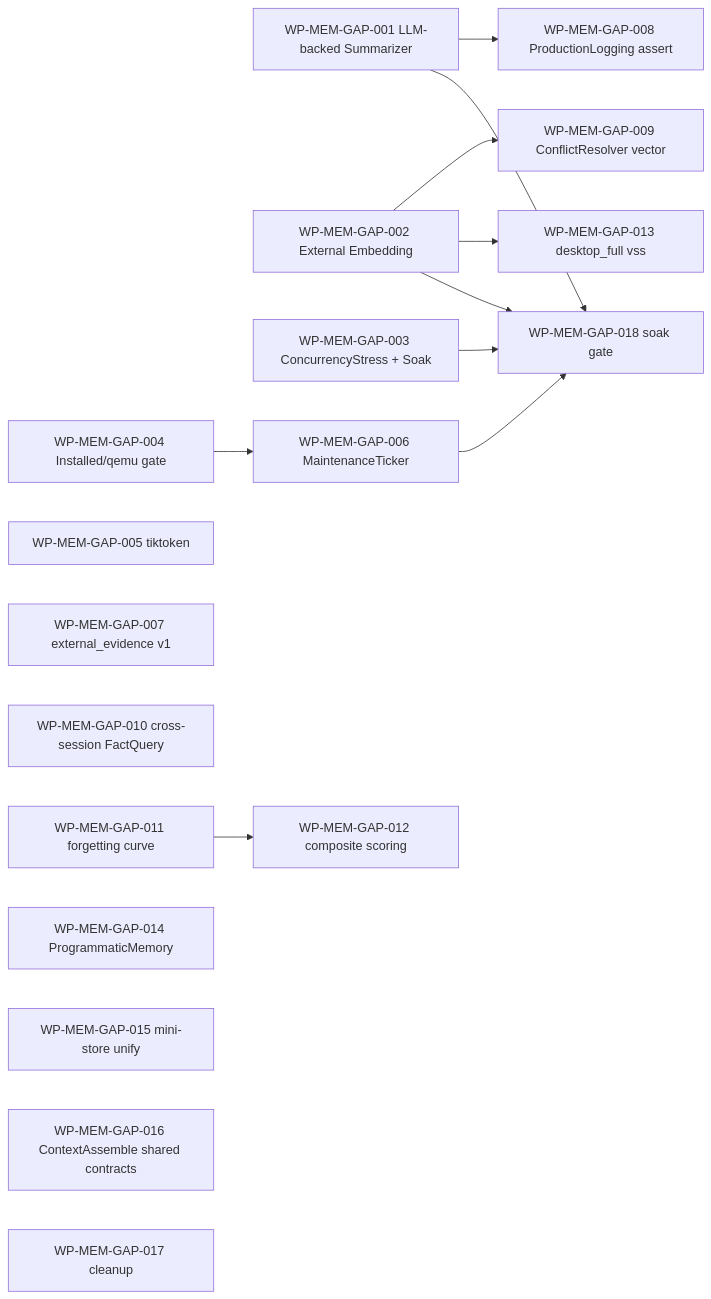
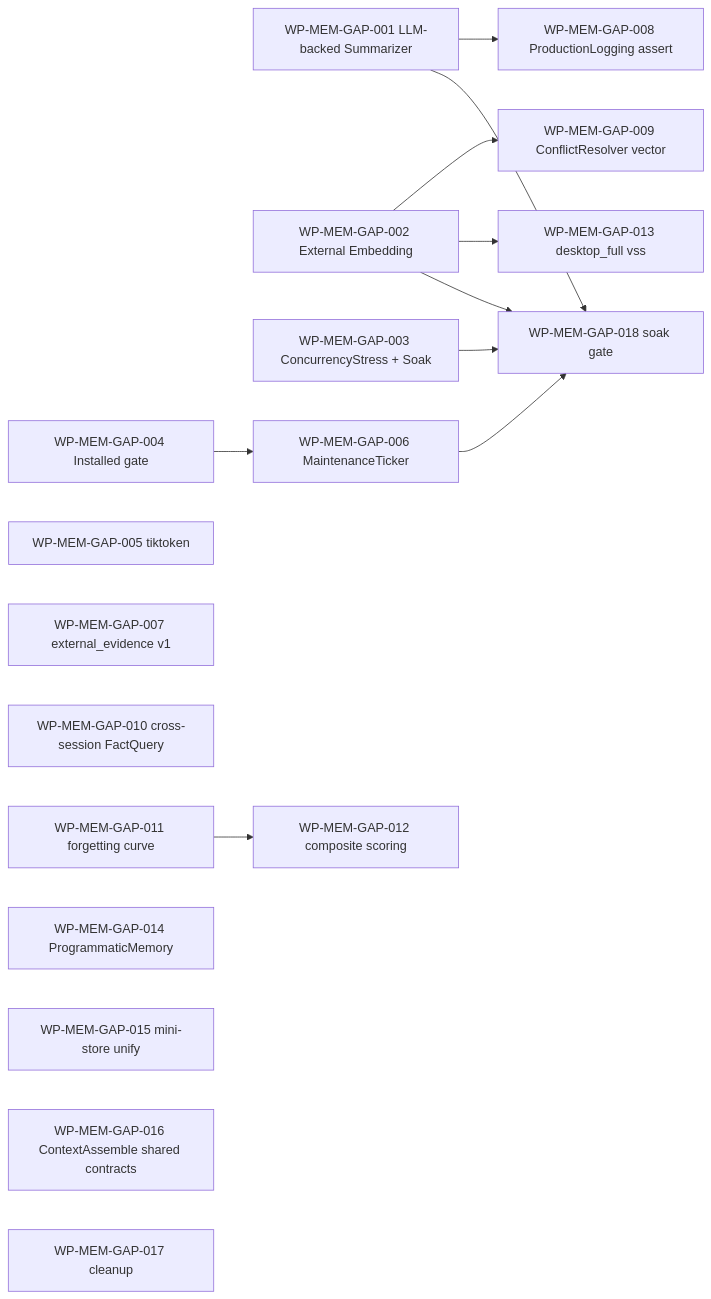
The first of 2 diagrams in docs/deliverables/MEM-EVAL-2026-05-31-memory子系统落地评估与生产级缺口治理任务规划.md (x2Gan/General-Purpose-Agent_DASALL), drawn with Mermaid before and after one commit. The commit also changed other lines of this file and 5 other files, not shown here.

First line of the commit message:
test(memory): tighten installed gate wrapper regression

````diff
--- a/docs/deliverables/MEM-EVAL-2026-05-31-memory子系统落地评估与生产级缺口治理任务规划.md
+++ b/docs/deliverables/MEM-EVAL-2026-05-31-memory子系统落地评估与生产级缺口治理任务规划.md
@@ -456,20 +457,20 @@
 ```mermaid
 flowchart LR
   A[WP-MEM-GAP-001 LLM-backed Summarizer] --> H[WP-MEM-GAP-008 ProductionLogging assert]
   B[WP-MEM-GAP-002 External Embedding] --> I[WP-MEM-GAP-009 ConflictResolver vector]
   B --> M[WP-MEM-GAP-013 desktop_full vss]
   C[WP-MEM-GAP-003 ConcurrencyStress + Soak]
-  D[WP-MEM-GAP-004 Installed/qemu gate] --> F[WP-MEM-GAP-006 MaintenanceTicker]
+  D[WP-MEM-GAP-004 Installed gate] --> F[WP-MEM-GAP-006 MaintenanceTicker]
   E[WP-MEM-GAP-005 tiktoken]
   F --> P18[WP-MEM-GAP-018 soak gate]
   G[WP-MEM-GAP-007 external_evidence v1]
   J[WP-MEM-GAP-010 cross-session FactQuery]
   K[WP-MEM-GAP-011 forgetting curve] --> L[WP-MEM-GAP-012 composite scoring]
   P14[WP-MEM-GAP-014 ProgrammaticMemory]
   P15[WP-MEM-GAP-015 mini-store unify]
   P16[WP-MEM-GAP-016 ContextAssemble shared contracts]
   P17[WP-MEM-GAP-017 cleanup]
   A --> P18
   B --> P18
   C --> P18
 ```
````
